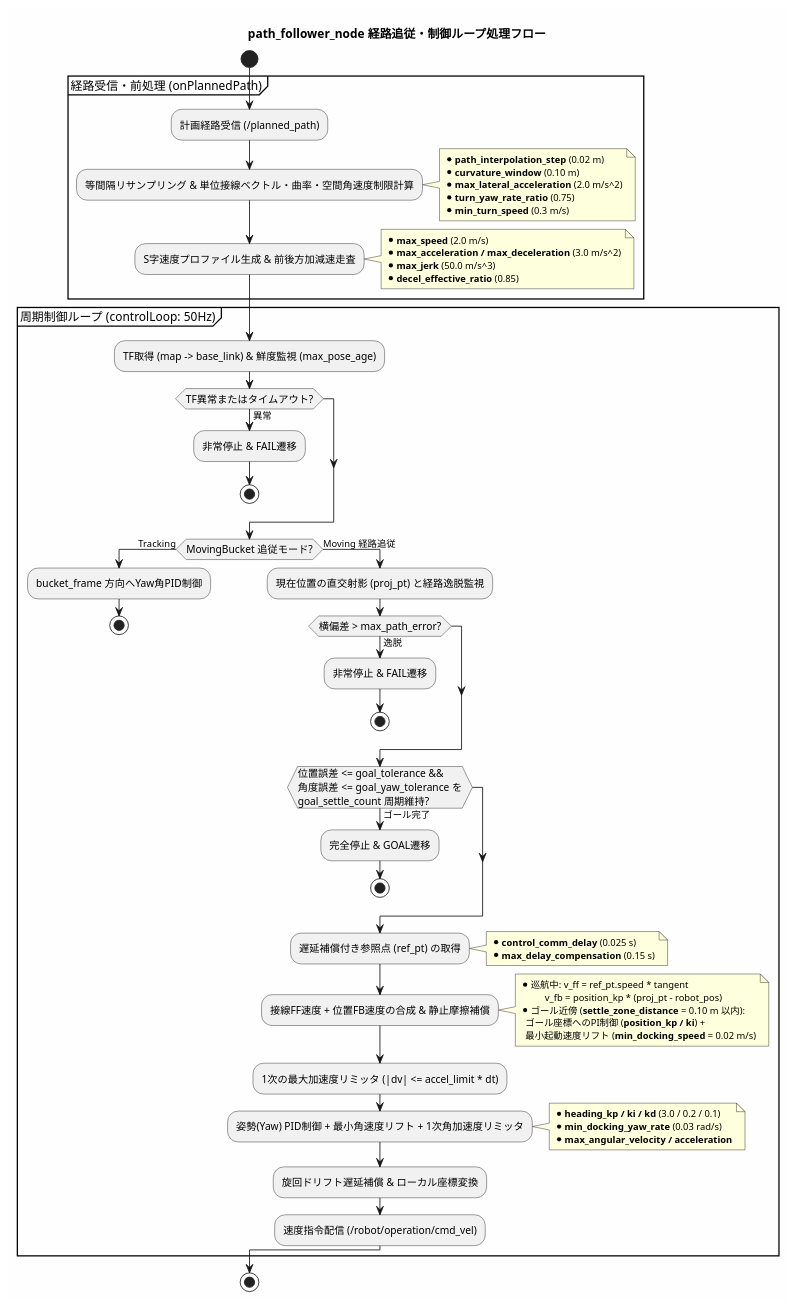
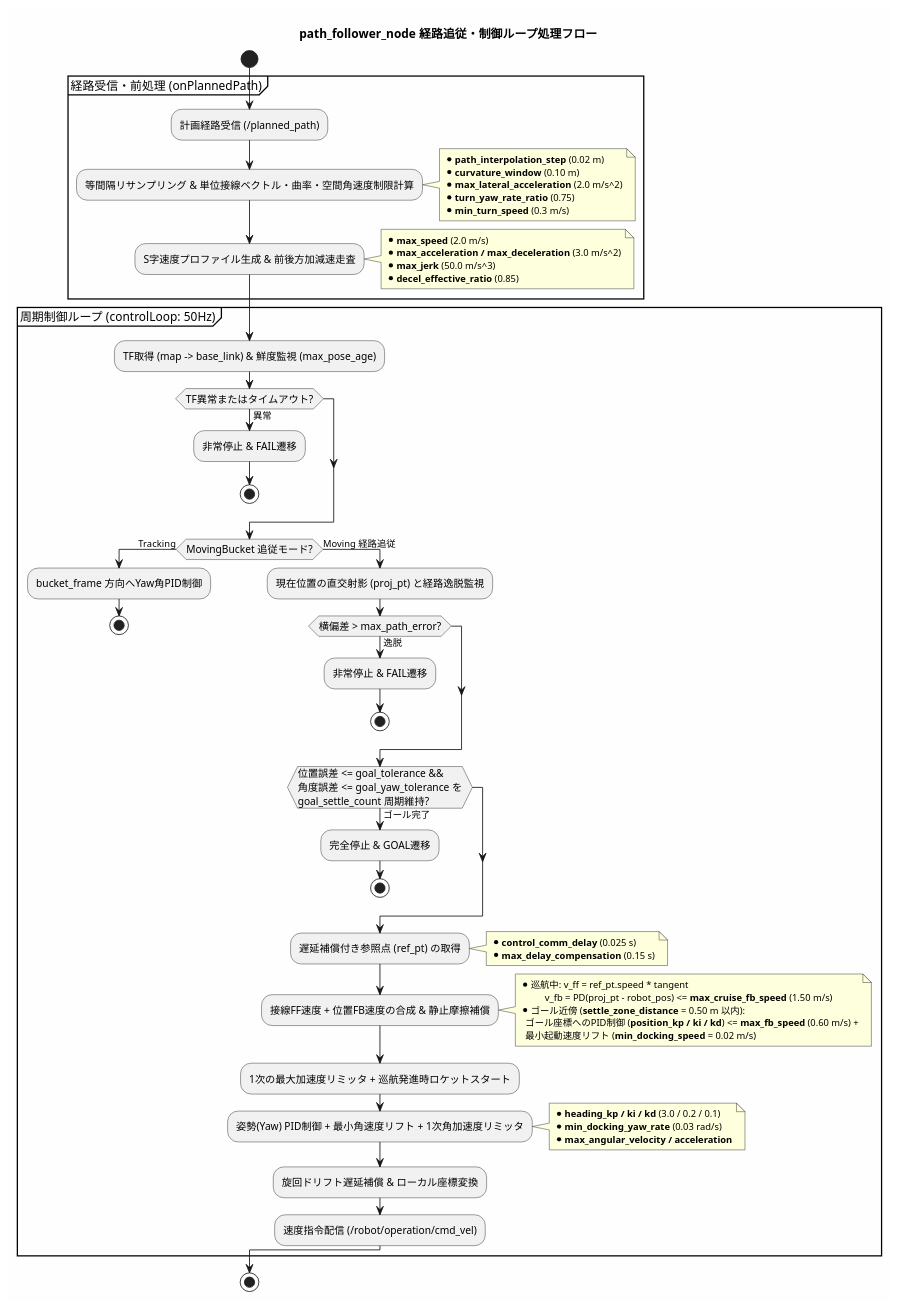
The diagram in docs/path_follower_flow.pu (tmcit-ararobo-2026a/gn10-navigation), drawn with PlantUML before and after one commit. The commit also changed 8 other files, not shown here.

```diff
--- a/docs/path_follower_flow.pu
+++ b/docs/path_follower_flow.pu
@@ -1,83 +1,83 @@
 @startuml path_follower_flow
 skinparam backgroundColor #FEFEFE
 skinparam activityFontSize 12
 skinparam noteFontSize 11
 
 title path_follower_node 経路追従・制御ループ処理フロー
 
 start
 
 partition "経路受信・前処理 (onPlannedPath)" {
     :計画経路受信 (/planned_path);
     :等間隔リサンプリング & 単位接線ベクトル・曲率・空間角速度制限計算;
     note right
       * <b>path_interpolation_step</b> (0.02 m)
       * <b>curvature_window</b> (0.10 m)
       * <b>max_lateral_acceleration</b> (2.0 m/s^2)
       * <b>turn_yaw_rate_ratio</b> (0.75)
       * <b>min_turn_speed</b> (0.3 m/s)
     end note
 
     :S字速度プロファイル生成 & 前後方加減速走査;
     note right
       * <b>max_speed</b> (2.0 m/s)
       * <b>max_acceleration / max_deceleration</b> (3.0 m/s^2)
       * <b>max_jerk</b> (50.0 m/s^3)
       * <b>decel_effective_ratio</b> (0.85)
     end note
 }
 
 partition "周期制御ループ (controlLoop: 50Hz)" {
     :TF取得 (map -> base_link) & 鮮度監視 (max_pose_age);
     if (TF異常またはタイムアウト?) then (異常)
         :非常停止 & FAIL遷移;
         stop
     endif
 
     if (MovingBucket 追従モード?) then (Tracking)
         :bucket_frame 方向へYaw角PID制御;
         stop
     else (Moving 経路追従)
         :現在位置の直交射影 (proj_pt) と経路逸脱監視;
         if (横偏差 > max_path_error?) then (逸脱)
             :非常停止 & FAIL遷移;
             stop
         endif
 
         if (位置誤差 <= goal_tolerance &&\n角度誤差 <= goal_yaw_tolerance を\ngoal_settle_count 周期維持?) then (ゴール完了)
             :完全停止 & GOAL遷移;
             stop
         endif
 
         :遅延補償付き参照点 (ref_pt) の取得;
         note right
           * <b>control_comm_delay</b> (0.025 s)
           * <b>max_delay_compensation</b> (0.15 s)
         end note
 
         :接線FF速度 + 位置FB速度の合成 & 静止摩擦補償;
         note right
           * 巡航中: v_ff = ref_pt.speed * tangent
-                    v_fb = position_kp * (proj_pt - robot_pos)
-          * ゴール近傍 (<b>settle_zone_distance</b> = 0.10 m 以内):
-            ゴール座標へのPI制御 (<b>position_kp / ki</b>) +
+                    v_fb = PD(proj_pt - robot_pos) <= <b>max_cruise_fb_speed</b> (1.50 m/s)
+          * ゴール近傍 (<b>settle_zone_distance</b> = 0.50 m 以内):
+            ゴール座標へのPID制御 (<b>position_kp / ki / kd</b>) <= <b>max_fb_speed</b> (0.60 m/s) +
             最小起動速度リフト (<b>min_docking_speed</b> = 0.02 m/s)
         end note
 
-        :1次の最大加速度リミッタ (|dv| <= accel_limit * dt);
+        :1次の最大加速度リミッタ + 巡航発進時ロケットスタート;
 
         :姿勢(Yaw) PID制御 + 最小角速度リフト + 1次角加速度リミッタ;
         note right
           * <b>heading_kp / ki / kd</b> (3.0 / 0.2 / 0.1)
           * <b>min_docking_yaw_rate</b> (0.03 rad/s)
           * <b>max_angular_velocity / acceleration</b>
         end note
 
         :旋回ドリフト遅延補償 & ローカル座標変換;
         :速度指令配信 (/robot/operation/cmd_vel);
     endif
 }
 
 stop
 
 @enduml
```
